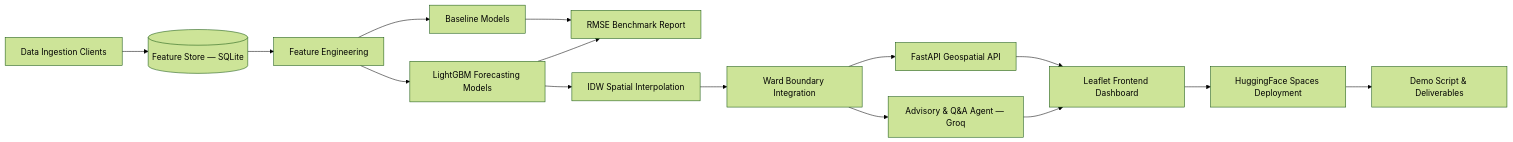
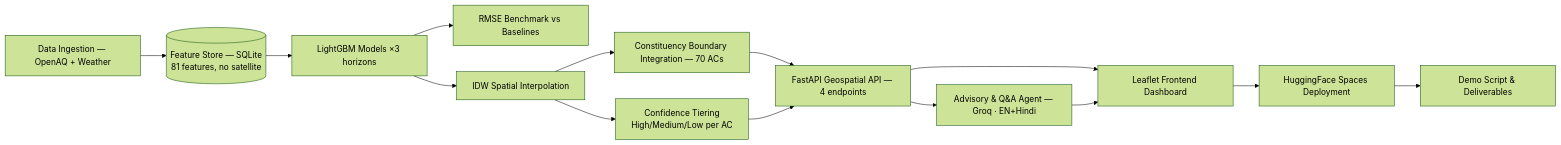
Before and after one commit to rohitdecodes/VayuDrishti: the second of 2 diagrams in README.md, drawn with Mermaid (forest theme). The commit also changed other lines of this file and 9 other files, not shown here.

Commit message:
Phase 3: Frontend, Docker, fallbacks, ward->constituency sweep

````diff
--- a/README.md
+++ b/README.md
@@ -525,17 +538,18 @@
 ```mermaid
 flowchart LR
-    A[Data Ingestion Clients] --> B[("Feature Store — SQLite")]
-    B --> C[Feature Engineering]
-    C --> D[Baseline Models]
-    C --> E[LightGBM Forecasting Models]
-    D --> F[RMSE Benchmark Report]
-    E --> F
-    E --> G[IDW Spatial Interpolation]
-    G --> H[Ward Boundary Integration]
-    H --> I[FastAPI Geospatial API]
-    H --> J[Advisory & Q&A Agent — Groq]
-    I --> K[Leaflet Frontend Dashboard]
-    J --> K
-    K --> L[HuggingFace Spaces Deployment]
-    L --> M[Demo Script & Deliverables]
+    A[Data Ingestion — OpenAQ + Weather] --> B[("Feature Store — SQLite
+    81 features, no satellite")]
+    B --> C[LightGBM Models ×3 horizons]
+    C --> D[RMSE Benchmark vs Baselines]
+    C --> E[IDW Spatial Interpolation]
+    E --> F[Constituency Boundary Integration — 70 ACs]
+    E --> G["Confidence Tiering
+    High/Medium/Low per AC"]
+    F --> H[FastAPI Geospatial API — 4 endpoints]
+    G --> H
+    H --> I[Advisory & Q&A Agent — Groq · EN+Hindi]
+    H --> J[Leaflet Frontend Dashboard]
+    I --> J
+    J --> K[HuggingFace Spaces Deployment]
+    K --> L[Demo Script & Deliverables]
 ```
````
